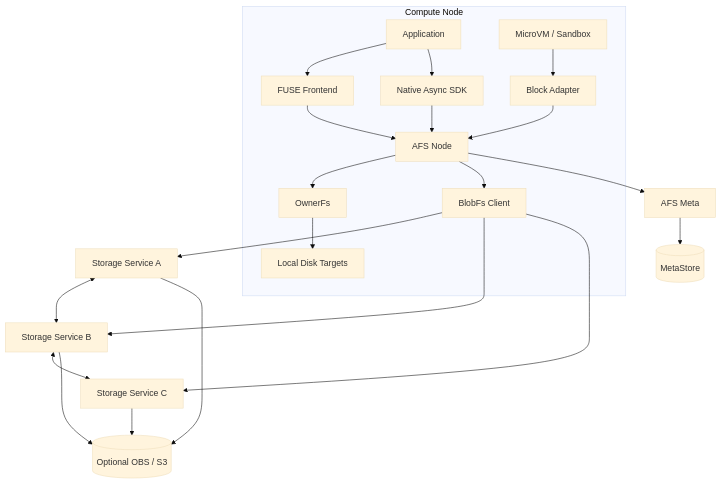
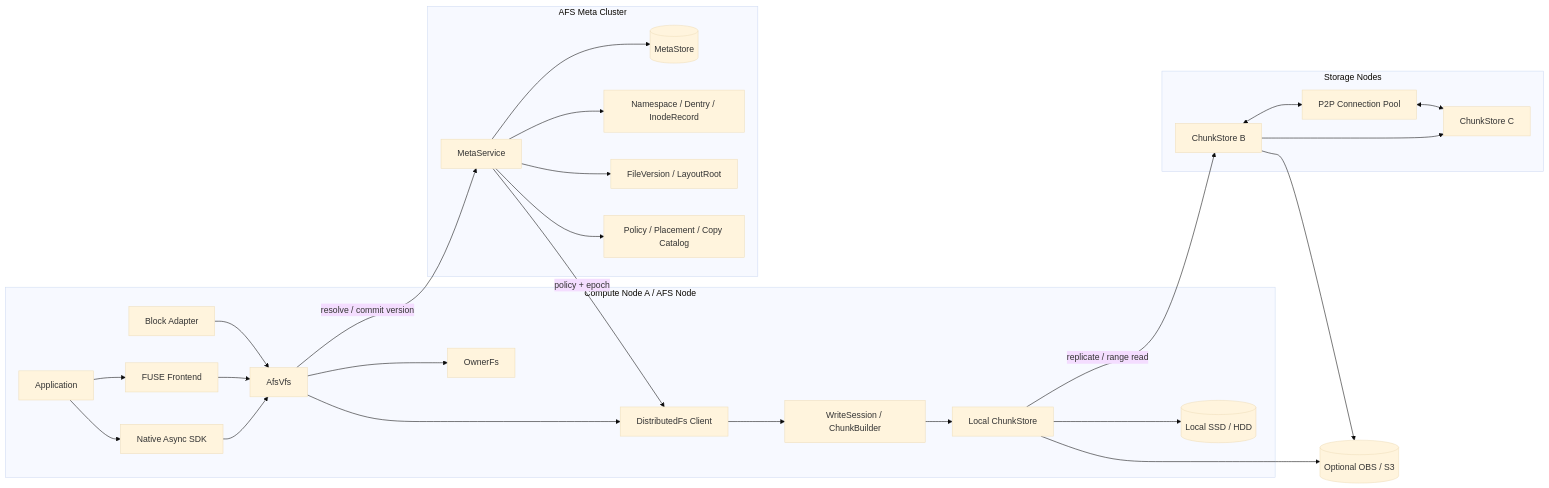
Before and after one commit to lelezi257/dms: the first of 2 diagrams in docs/architecture/overview.md, drawn with Mermaid (base theme). The commit also changed other lines of this file and 25 other files, not shown here.

First line of the commit message:
Make the distributed file contract implementable without a second blob model

````diff
--- a/docs/architecture/overview.md
+++ b/docs/architecture/overview.md
@@ -11,42 +11,55 @@
 ```mermaid
-flowchart TB
-    subgraph ClientNode[Compute Node]
+flowchart LR
+    subgraph ComputeA[Compute Node A / AFS Node]
         App[Application]
-        VM[MicroVM / Sandbox]
         Fuse[FUSE Frontend]
         SDK[Native Async SDK]
         Block[Block Adapter]
-        Node[AFS Node]
+        VFS[AfsVfs]
         Owner[OwnerFs]
-        Blob[BlobFs Client]
-        Cache[Local Disk Targets]
+        DFS[DistributedFs Client]
+        Session[WriteSession / ChunkBuilder]
+        LocalStore[Local ChunkStore]
+        LocalDisk[(Local SSD / HDD)]
 
         App --> Fuse
         App --> SDK
-        VM --> Block
-        Fuse --> Node
-        SDK --> Node
-        Block --> Node
-        Node --> Owner
-        Node --> Blob
-        Owner --> Cache
+        Block --> VFS
+        Fuse --> VFS
+        SDK --> VFS
+        VFS --> Owner
+        VFS --> DFS
+        DFS --> Session
+        Session --> LocalStore
+        LocalStore --> LocalDisk
     end
 
-    Meta[AFS Meta]
-    Store[(MetaStore)]
-    StorageA[Storage Service A]
-    StorageB[Storage Service B]
-    StorageC[Storage Service C]
+    subgraph MetaCluster[AFS Meta Cluster]
+        Meta[MetaService]
+        MetaStore[(MetaStore)]
+        Namespace[Namespace / Dentry / InodeRecord]
+        Version[FileVersion / LayoutRoot]
+        Placement[Policy / Placement / Copy Catalog]
+        Meta --> MetaStore
+        Meta --> Namespace
+        Meta --> Version
+        Meta --> Placement
+    end
+
+    subgraph StoragePeers[Storage Nodes]
+        StoreB[ChunkStore B]
+        StoreC[ChunkStore C]
+        Peer[P2P Connection Pool]
+        StoreB <--> Peer
+        Peer <--> StoreC
+    end
+
     Object[(Optional OBS / S3)]
 
-    Meta --> Store
-    Node --> Meta
-    Blob --> StorageA
-    Blob --> StorageB
-    Blob --> StorageC
-    StorageA <--> StorageB
-    StorageB <--> StorageC
-    StorageA --> Object
-    StorageB --> Object
-    StorageC --> Object
+    VFS -->|resolve / commit version| Meta
+    Meta -->|policy + epoch| DFS
+    LocalStore -->|replicate / range read| StoreB
+    StoreB --> StoreC
+    LocalStore --> Object
+    StoreB --> Object
 ```
````
